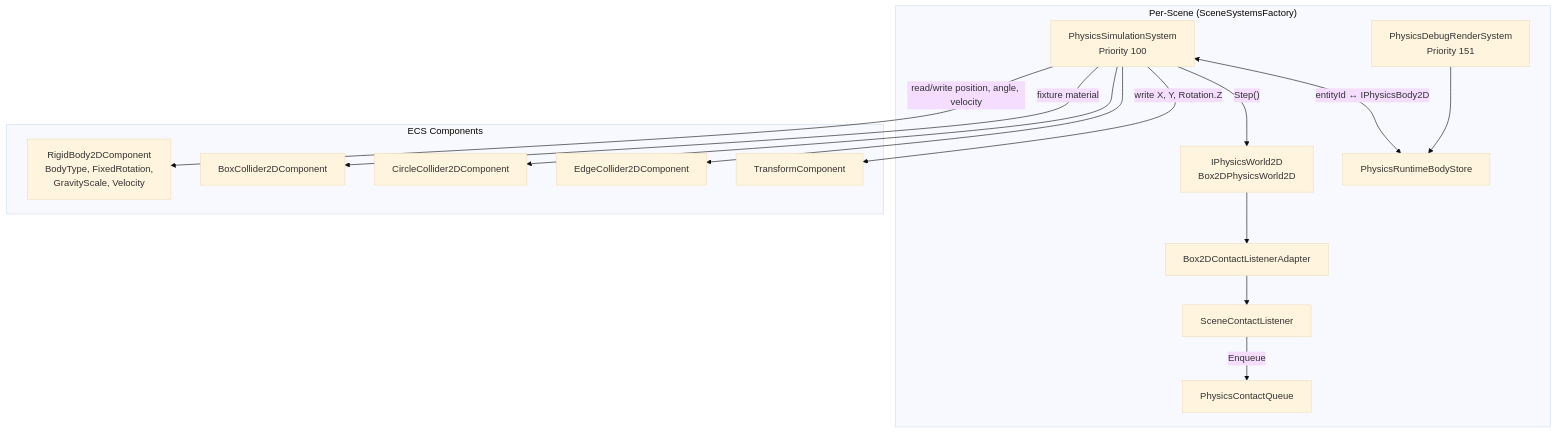
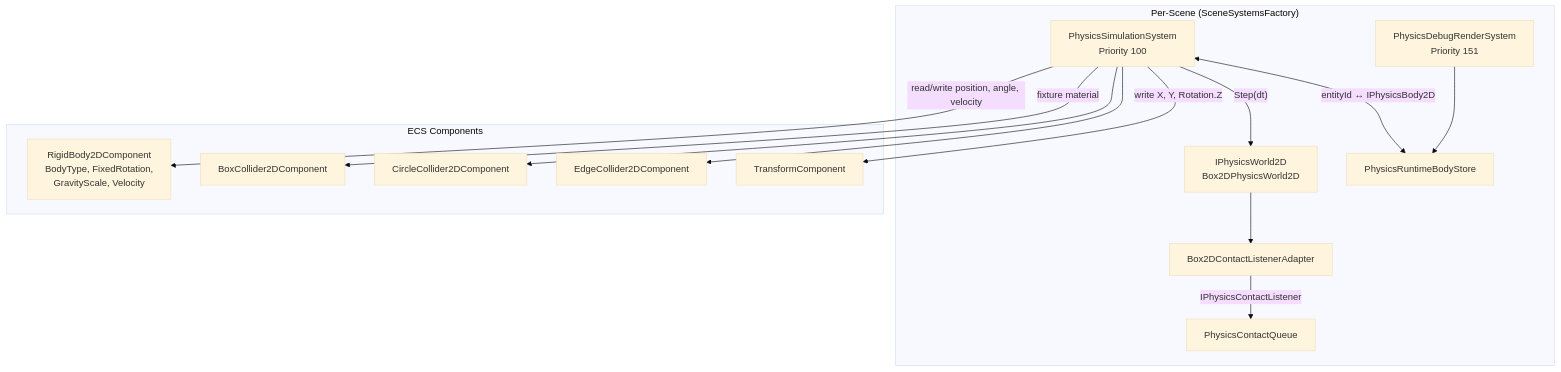
One commit to kateusz/GameEngine changed the first of 4 diagrams in docs/architecture/physics-system.md. Above: the diagram before and after it, drawn with Mermaid (base theme). The commit also changed other lines of this file and 36 other files, not shown here.

````diff
--- a/docs/architecture/physics-system.md
+++ b/docs/architecture/physics-system.md
@@ -9,32 +9,30 @@
 ```mermaid
 graph TB
     subgraph "Per-Scene (SceneSystemsFactory)"
         PSS[PhysicsSimulationSystem<br/>Priority 100]
         PDR[PhysicsDebugRenderSystem<br/>Priority 151]
         PW[IPhysicsWorld2D<br/>Box2DPhysicsWorld2D]
         BS[PhysicsRuntimeBodyStore]
         CQ[PhysicsContactQueue]
-        SCL[SceneContactListener]
         CLA[Box2DContactListenerAdapter]
     end
 
     subgraph "ECS Components"
         RB[RigidBody2DComponent<br/>BodyType, FixedRotation,<br/>GravityScale, Velocity]
         BC[BoxCollider2DComponent]
         CC[CircleCollider2DComponent]
         EC[EdgeCollider2DComponent]
         TC[TransformComponent]
     end
 
-    PSS -->|"Step()"| PW
+    PSS -->|"Step(dt)"| PW
     PW --> CLA
-    CLA --> SCL
-    SCL -->|"Enqueue"| CQ
+    CLA -->|"IPhysicsContactListener"| CQ
     PSS <-->|"entityId ↔ IPhysicsBody2D"| BS
     PSS -->|"read/write position, angle, velocity"| RB
     PSS -->|"write X, Y, Rotation.Z"| TC
     PSS -->|"fixture material"| BC
     PSS --> CC
     PSS --> EC
     PDR --> BS
 ```
````
